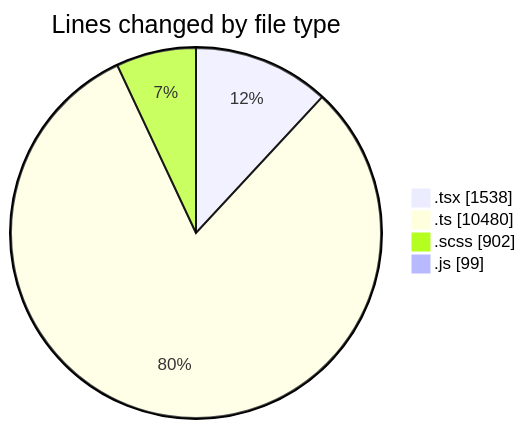
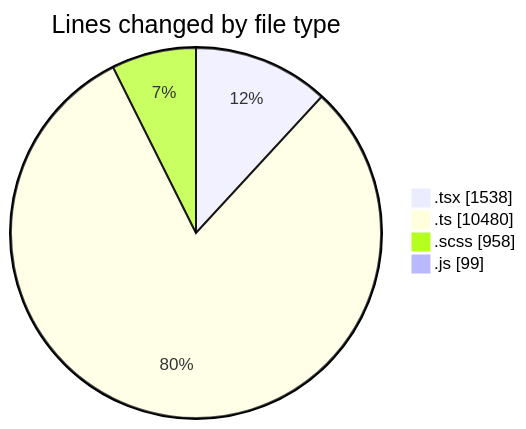
The first of 2 diagrams in 2025-03-26/cda/README.md (momahboobian/code-tracking), drawn with Mermaid before and after one commit. The commit also changed other lines of this file and 1 other file, not shown here.

````diff
--- a/2025-03-26/cda/README.md
+++ b/2025-03-26/cda/README.md
@@ -44,8 +44,8 @@
 ```mermaid
 pie showData
 title Lines changed by file type
 ".tsx" : 1538
 ".ts" : 10480
-".scss" : 902
+".scss" : 958
 ".js" : 99
 ```
````
